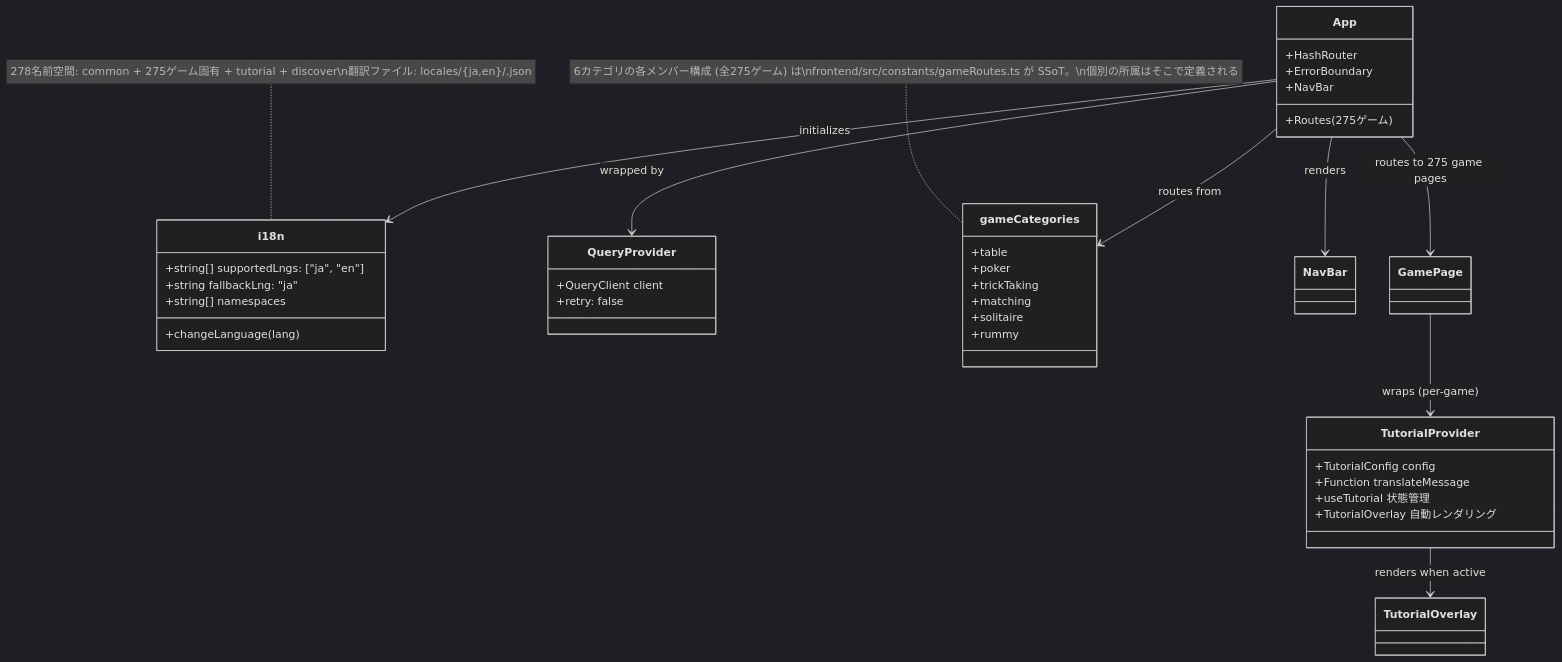
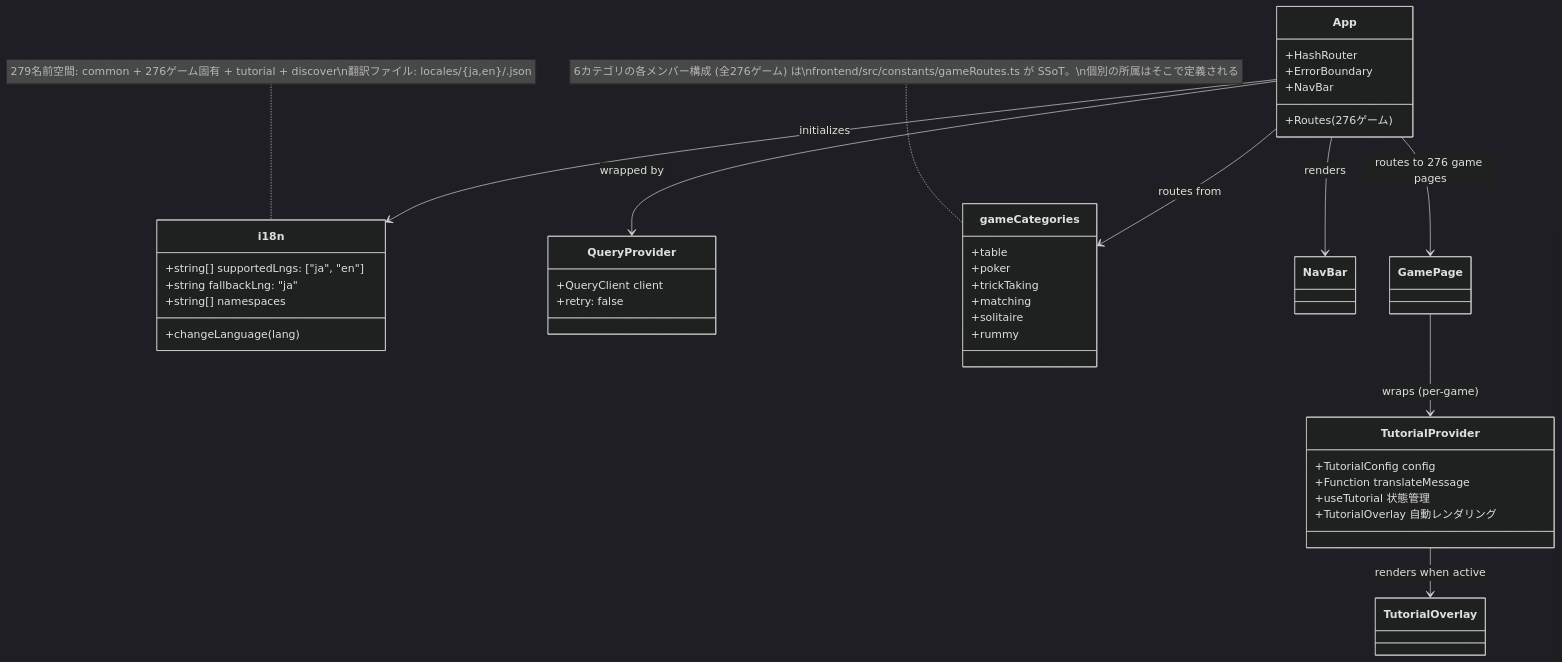
Before and after one commit to yuta-yoshinaga/go_trumpcards: the ninth of 49 diagrams in docs/design/frontend.md, drawn with Mermaid (dark theme). The commit also changed other lines of this file and 62 other files, not shown here.

````diff
--- a/docs/design/frontend.md
+++ b/docs/design/frontend.md
@@ -1869,48 +1869,48 @@
 ```mermaid
 classDiagram
     class i18n {
         +string[] supportedLngs: ["ja", "en"]
         +string fallbackLng: "ja"
         +string[] namespaces
         +changeLanguage(lang)
     }
 
     class QueryProvider {
         +QueryClient client
         +retry: false
     }
 
     class App {
         +HashRouter
         +ErrorBoundary
         +NavBar
-        +Routes (275ゲーム)
+        +Routes (276ゲーム)
     }
 
     class gameCategories {
         +table
         +poker
         +trickTaking
         +matching
         +solitaire
         +rummy
     }
-    note for gameCategories "6カテゴリの各メンバー構成 (全275ゲーム) は\nfrontend/src/constants/gameRoutes.ts が SSoT。\n個別の所属はそこで定義される"
+    note for gameCategories "6カテゴリの各メンバー構成 (全276ゲーム) は\nfrontend/src/constants/gameRoutes.ts が SSoT。\n個別の所属はそこで定義される"
 
     class TutorialProvider {
         +TutorialConfig config
         +Function translateMessage
         +useTutorial 状態管理
         +TutorialOverlay 自動レンダリング
     }
 
     App --> QueryProvider : wrapped by
     App --> i18n : initializes
     App --> gameCategories : routes from
     App --> NavBar : renders
-    App --> GamePage : routes to 275 game pages
+    App --> GamePage : routes to 276 game pages
     GamePage --> TutorialProvider : wraps (per-game)
     TutorialProvider --> TutorialOverlay : renders when active
 
-    note for i18n "278名前空間: common + 275ゲーム固有 + tutorial + discover\n翻訳ファイル: locales/{ja,en}/<game>.json"
+    note for i18n "279名前空間: common + 276ゲーム固有 + tutorial + discover\n翻訳ファイル: locales/{ja,en}/<game>.json"
 ```
````
